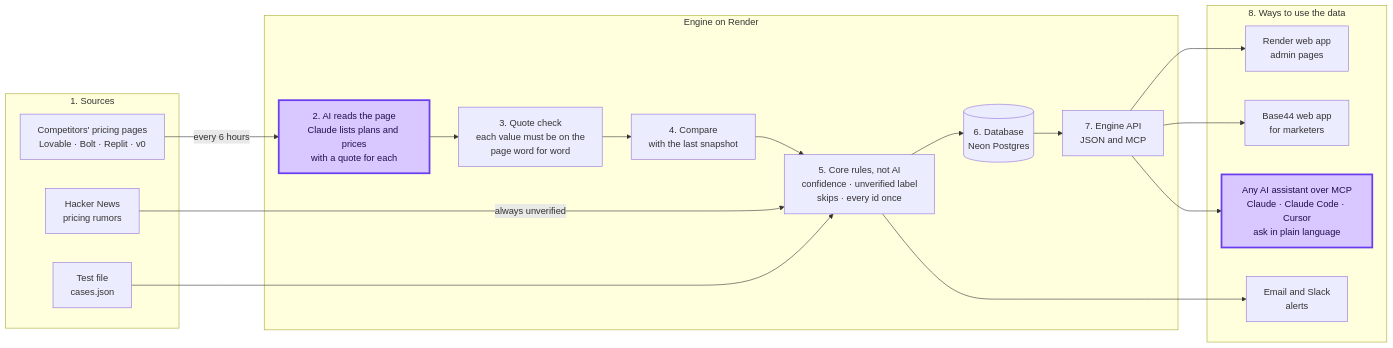
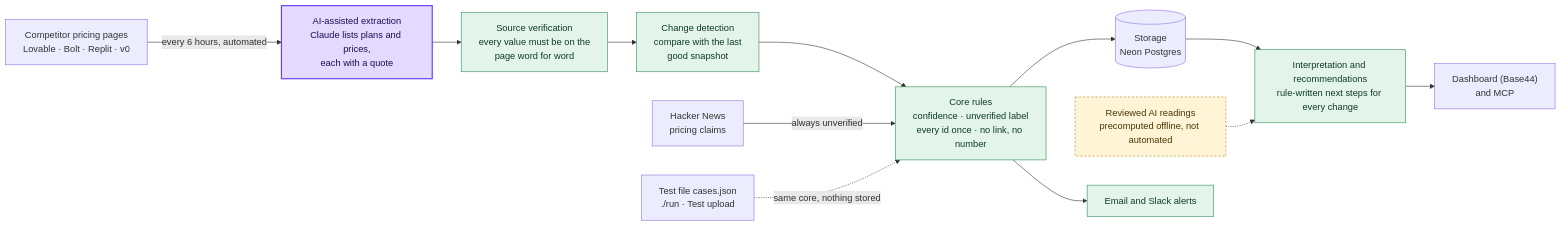
The first of 2 diagrams in README.md (bermanguy/brightloop-ai-marketing-builder), drawn with Mermaid before and after one commit. The commit also changed other lines of this file and 10 other files, not shown here.

First line of the commit message:
Final audit: Test upload rows fix, test-contract tests, docs that match the build

````diff
--- a/README.md
+++ b/README.md
@@ -27,34 +45,29 @@
 ```mermaid
 flowchart LR
-    subgraph sources["1. Sources"]
-        pages["Competitors' pricing pages<br/>Lovable · Bolt · Replit · v0"]
-        hn["Hacker News<br/>pricing rumors"]
-        test["Test file<br/>cases.json"]
-    end
+    src["Competitor pricing pages<br/>Lovable · Bolt · Replit · v0"]
+    hn["Hacker News<br/>pricing claims"]
+    ext["AI-assisted extraction<br/>Claude lists plans and prices,<br/>each with a quote"]
+    ver["Source verification<br/>every value must be on the<br/>page word for word"]
+    det["Change detection<br/>compare with the last<br/>good snapshot"]
+    core["Core rules<br/>confidence · unverified label<br/>every id once · no link, no number"]
+    db[("Storage<br/>Neon Postgres")]
+    rec["Interpretation and recommendations<br/>rule-written next steps for every change"]
+    offline["Reviewed AI readings<br/>precomputed offline, not automated"]
+    dash["Dashboard (Base44)<br/>and MCP"]
+    alerts["Email and Slack alerts"]
+    test["Test file cases.json<br/>./run · Test upload"]
 
-    subgraph engine["Engine on Render"]
-        reader["2. AI reads the page<br/>Claude lists plans and prices<br/>with a quote for each"]
-        check["3. Quote check<br/>each value must be on the<br/>page word for word"]
-        compare["4. Compare<br/>with the last snapshot"]
-        core["5. Core rules, not AI<br/>confidence · unverified label<br/>skips · every id once"]
-        db[("6. Database<br/>Neon Postgres")]
-        api["7. Engine API<br/>JSON and MCP"]
-    end
+    src -->|"every 6 hours, automated"| ext --> ver --> det --> core
+    hn -->|"always unverified"| core
+    core --> db --> rec --> dash
+    core --> alerts
+    offline -.-> rec
+    test -.->|"same core, nothing stored"| core
 
-    subgraph use["8. Ways to use the data"]
-        admin["Render web app<br/>admin pages"]
-        b44["Base44 web app<br/>for marketers"]
-        alerts["Email and Slack<br/>alerts"]
-        assistant["Any AI assistant over MCP<br/>Claude · Claude Code · Cursor<br/>ask in plain language"]
-    end
-
-    pages -->|"every 6 hours"| reader --> check --> compare --> core
-    hn -->|"always unverified"| core
-    test --> core
-    core --> db --> api
-    core --> alerts
-    api --> admin & b44 & assistant
-
-    classDef aiStep fill:#d9c8ff,stroke:#6a3df0,stroke-width:3px,color:#1e0f4d
-    class reader,assistant aiStep
+    classDef ai fill:#e4d9ff,stroke:#6a3df0,stroke-width:2px,color:#1e0f4d
+    classDef rule fill:#e3f4ea,stroke:#2f8a57,color:#0f3b22
+    classDef offline fill:#fff4d6,stroke:#b7871b,stroke-dasharray:4 3,color:#4a3405
+    class ext ai
+    class ver,det,core,alerts,rec rule
+    class offline offline
 ```
````
